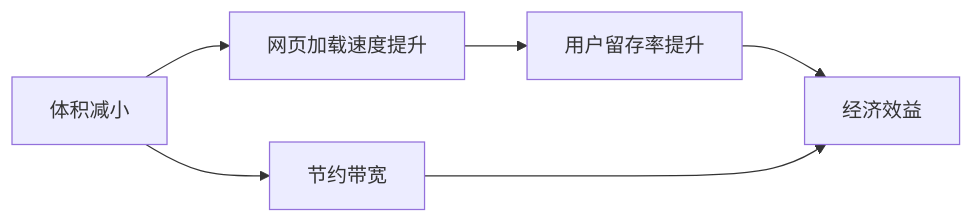
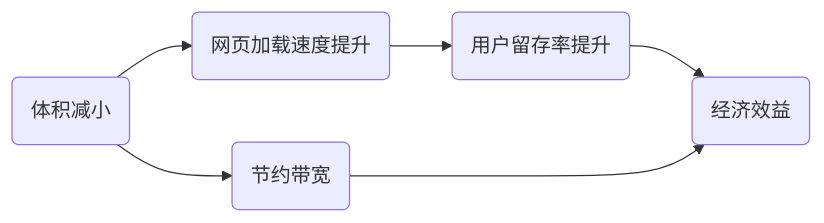
The first of 3 diagrams in slides.md (kermanx/tree-shaker-2025-5-slides), drawn with Mermaid before and after one commit. The commit also changed other lines of this file and 8 other files, not shown here.

````diff
--- a/slides.md
+++ b/slides.md
@@ -20,6 +20,6 @@
 ```mermaid
 graph LR;
 
-A[体积减小] --> B[网页加载速度提升] --> C[用户留存率提升] --> D[经济效益]
-A --> E[节约带宽] ---> D
+A(体积减小) --> B(网页加载速度提升) --> C(用户留存率提升) --> D(经济效益)
+A --> E(节约带宽) ---> D
 ```
````
